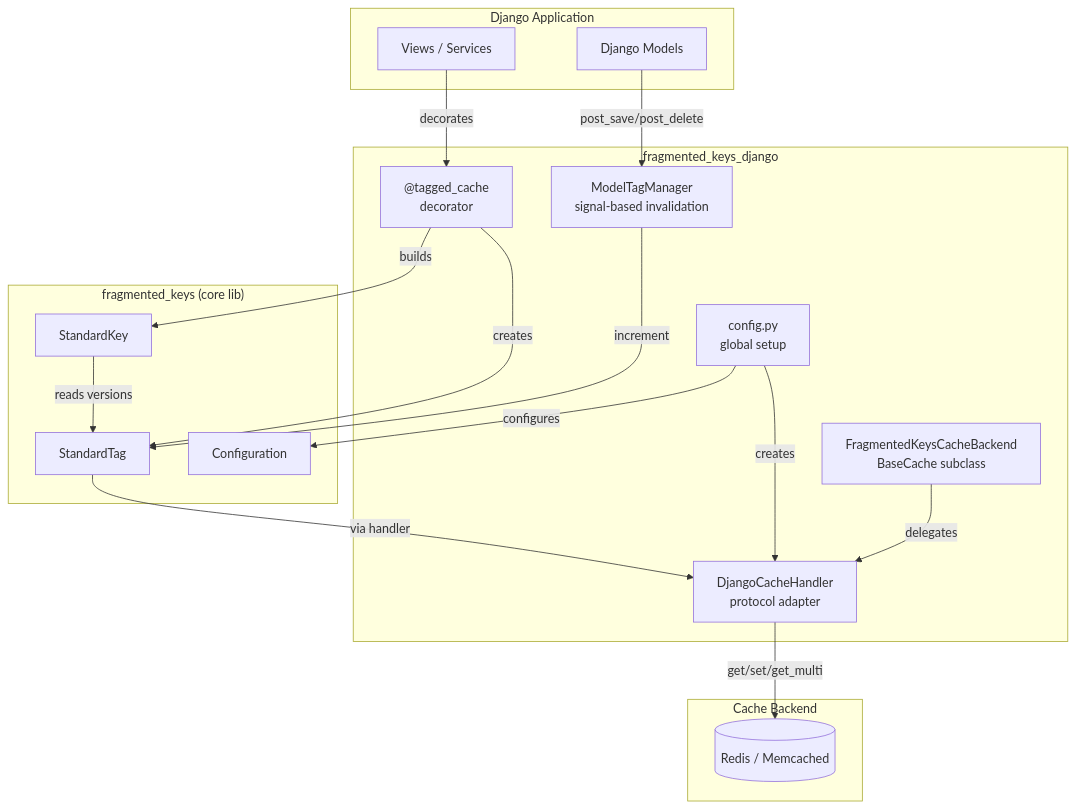
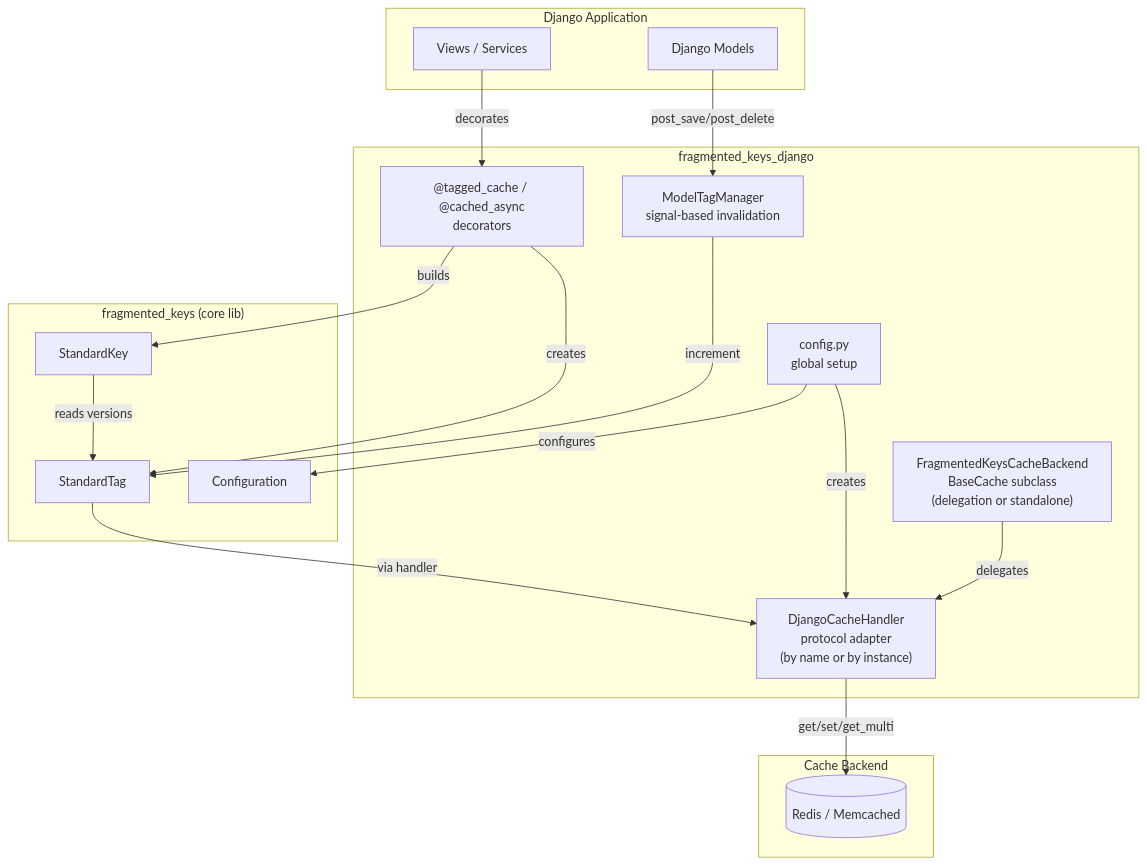
One commit to noizu-labs-scaffolding/fragmented_keys_django changed the diagram in docs/PROJ-ARCH.md. Above: the diagram before and after it, drawn with Mermaid. The commit also changed other lines of this file and 4 other files, not shown here.

````diff
--- a/docs/PROJ-ARCH.md
+++ b/docs/PROJ-ARCH.md
@@ -9,37 +9,37 @@
 ```mermaid
 graph TB
     subgraph "Django Application"
         V[Views / Services]
         M[Django Models]
     end
 
     subgraph "fragmented_keys_django"
-        DEC["@tagged_cache<br/>decorator"]
+        DEC["@tagged_cache / @cached_async<br/>decorators"]
         MTM["ModelTagManager<br/>signal-based invalidation"]
-        FB["FragmentedKeysCacheBackend<br/>BaseCache subclass"]
-        DCH["DjangoCacheHandler<br/>protocol adapter"]
+        FB["FragmentedKeysCacheBackend<br/>BaseCache subclass<br/>(delegation or standalone)"]
+        DCH["DjangoCacheHandler<br/>protocol adapter<br/>(by name or by instance)"]
         CFG["config.py<br/>global setup"]
     end
 
     subgraph "fragmented_keys (core lib)"
         ST[StandardTag]
         SK[StandardKey]
         CONF[Configuration]
     end
 
     subgraph "Cache Backend"
         REDIS[(Redis / Memcached)]
     end
 
     V -->|decorates| DEC
     M -->|post_save/post_delete| MTM
     MTM -->|increment| ST
     DEC -->|builds| SK
     DEC -->|creates| ST
     SK -->|reads versions| ST
     FB -->|delegates| DCH
     CFG -->|configures| CONF
     CFG -->|creates| DCH
     DCH -->|get/set/get_multi| REDIS
     ST -->|via handler| DCH
 ```
````
